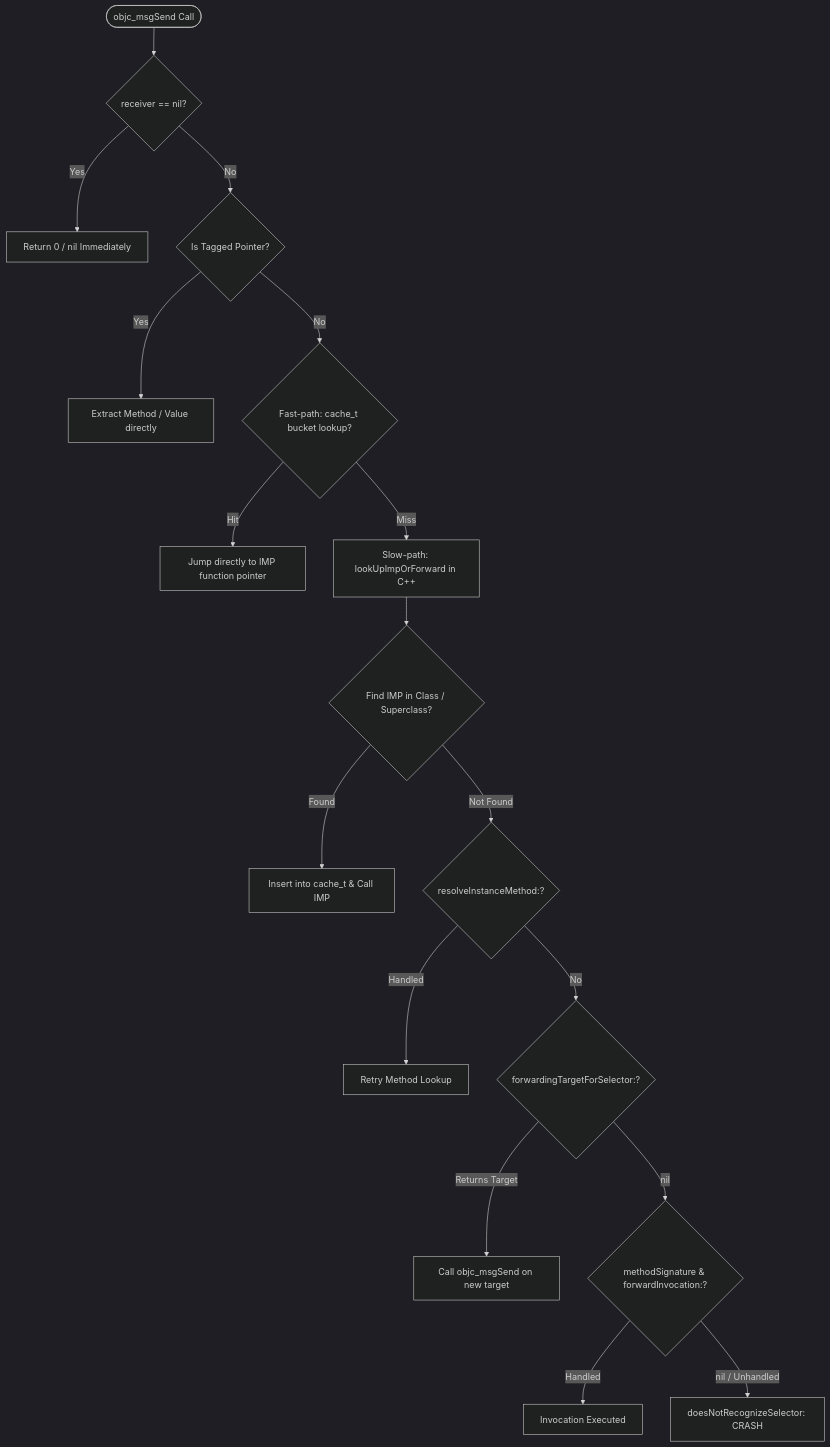
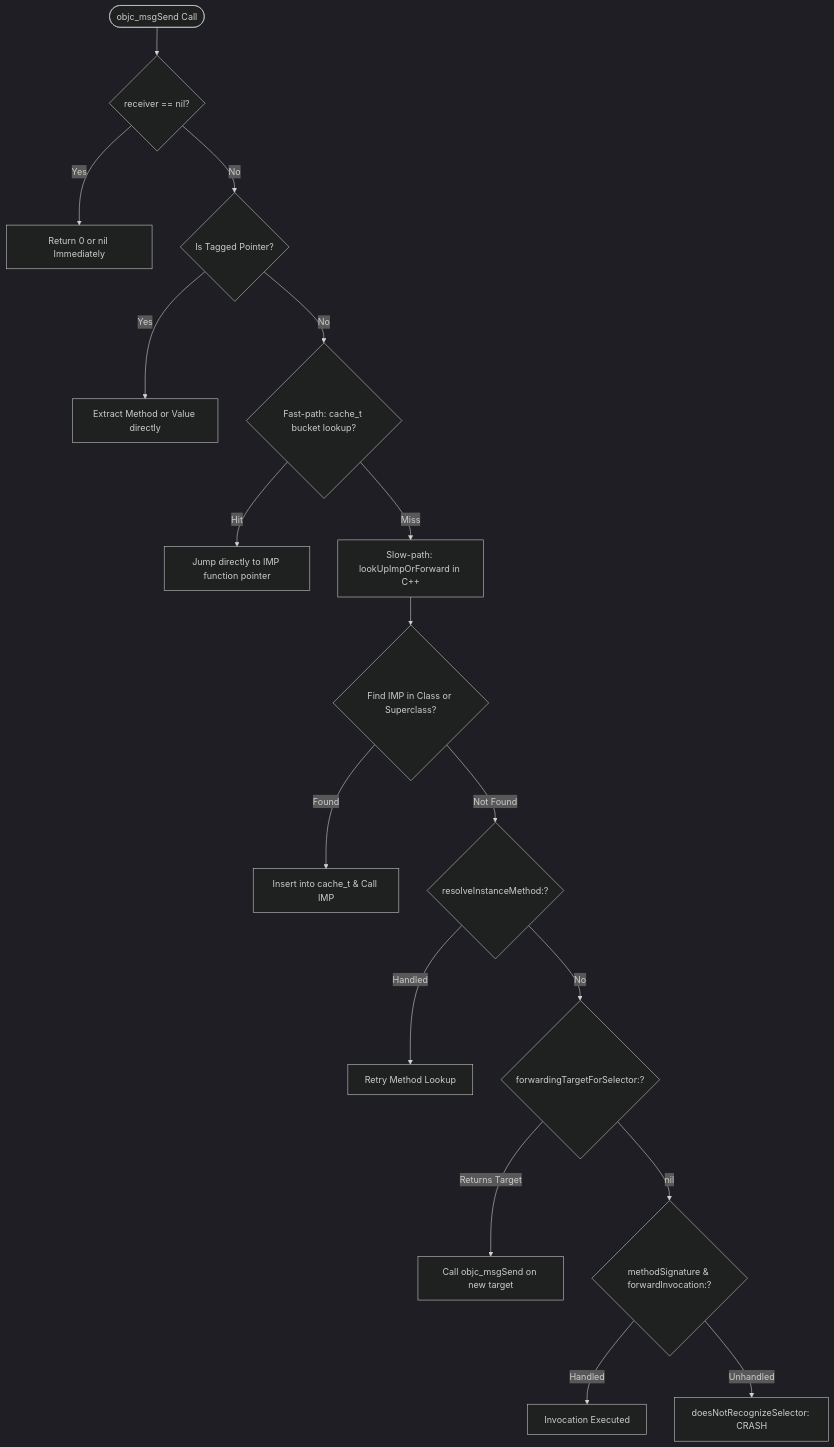
The third of 4 diagrams in engineering/growth-and-internals/05_iOS_Objective_C_Runtime_and_Mach_Internals.md (vennamprasad/awesome-mobile-interviews), drawn with Mermaid (dark theme) before and after one commit. The commit also changed other lines of this file and 7 other files, not shown here.

Commit message:
fix(growth-and-internals): resolve Mermaid diagram syntax and quoting for GitHub rich display

````diff
--- a/engineering/growth-and-internals/05_iOS_Objective_C_Runtime_and_Mach_Internals.md
+++ b/engineering/growth-and-internals/05_iOS_Objective_C_Runtime_and_Mach_Internals.md
@@ -82,25 +82,25 @@
 ```mermaid
 flowchart TD
-    Start([objc_msgSend Call]) --> CheckNil{receiver == nil?}
-    CheckNil -->|Yes| ReturnZero[Return 0 / nil Immediately]
-    CheckNil -->|No| TaggedPtr{Is Tagged Pointer?}
+    Start(["objc_msgSend Call"]) --> CheckNil{"receiver == nil?"}
+    CheckNil -->|Yes| ReturnZero["Return 0 or nil Immediately"]
+    CheckNil -->|No| TaggedPtr{"Is Tagged Pointer?"}
     
-    TaggedPtr -->|Yes| ReadTagged[Extract Method / Value directly]
-    TaggedPtr -->|No| CacheLookup{Fast-path: cache_t bucket lookup?}
+    TaggedPtr -->|Yes| ReadTagged["Extract Method or Value directly"]
+    TaggedPtr -->|No| CacheLookup{"Fast-path: cache_t bucket lookup?"}
     
-    CacheLookup -->|Hit| CallIMP[Jump directly to IMP function pointer]
-    CacheLookup -->|Miss| SlowPath[Slow-path: lookUpImpOrForward in C++]
+    CacheLookup -->|Hit| CallIMP["Jump directly to IMP function pointer"]
+    CacheLookup -->|Miss| SlowPath["Slow-path: lookUpImpOrForward in C++"]
     
-    SlowPath --> HierarchyWalk{Find IMP in Class / Superclass?}
-    HierarchyWalk -->|Found| CacheAndCall[Insert into cache_t & Call IMP]
-    HierarchyWalk -->|Not Found| DynResolve{resolveInstanceMethod:?}
+    SlowPath --> HierarchyWalk{"Find IMP in Class or Superclass?"}
+    HierarchyWalk -->|Found| CacheAndCall["Insert into cache_t & Call IMP"]
+    HierarchyWalk -->|Not Found| DynResolve{"resolveInstanceMethod:?"}
     
-    DynResolve -->|Handled| Retry[Retry Method Lookup]
-    DynResolve -->|No| FastForward{forwardingTargetForSelector:?}
+    DynResolve -->|Handled| Retry["Retry Method Lookup"]
+    DynResolve -->|No| FastForward{"forwardingTargetForSelector:?"}
     
-    FastForward -->|Returns Target| ForwardToTarget[Call objc_msgSend on new target]
-    FastForward -->|nil| FullForward{methodSignature & forwardInvocation:?}
+    FastForward -->|Returns Target| ForwardToTarget["Call objc_msgSend on new target"]
+    FastForward -->|nil| FullForward{"methodSignature & forwardInvocation:?"}
     
-    FullForward -->|Handled| Complete[Invocation Executed]
-    FullForward -->|nil / Unhandled| Crash[doesNotRecognizeSelector: CRASH]
+    FullForward -->|Handled| Complete["Invocation Executed"]
+    FullForward -->|Unhandled| Crash["doesNotRecognizeSelector: CRASH"]
 ```
````
